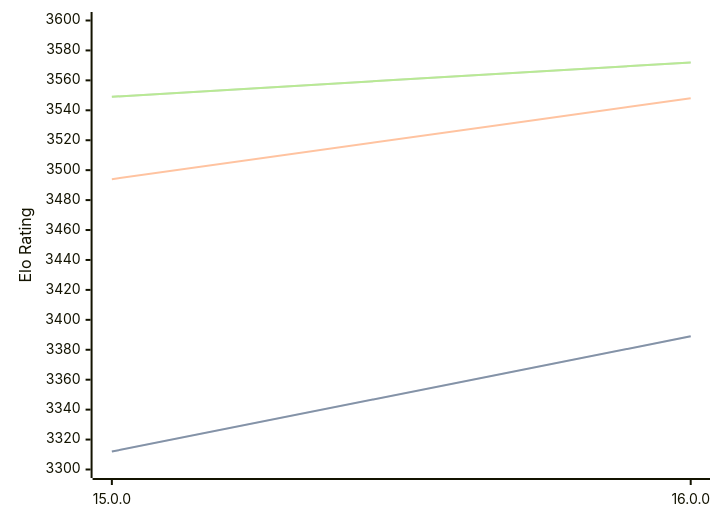
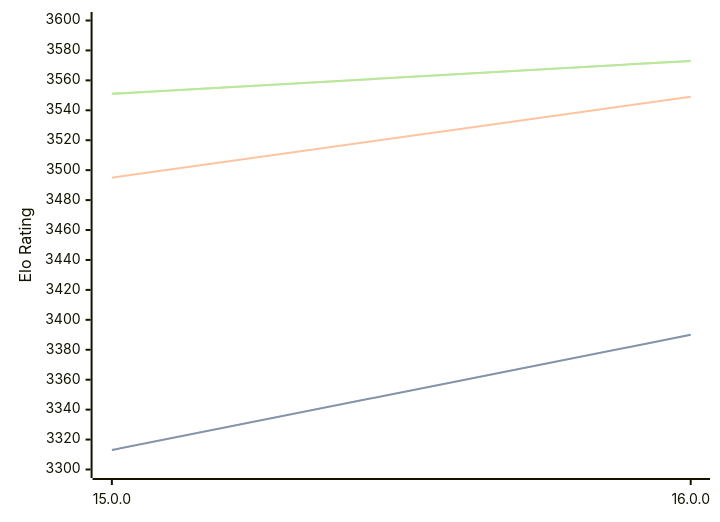
One commit to computer-chess-index/cci changed the diagram in engines/Halogen.md. Above: the diagram before and after it, drawn with Mermaid. The commit also changed other lines of this file, not shown here.

Commit message:
Update CCI Ratings (ELO VLTC) - 2026-04-07

````diff
--- a/engines/Halogen.md
+++ b/engines/Halogen.md
@@ -50,11 +50,11 @@
 ```mermaid
 %%{init: {"theme":"base","themeVariables":{"seriesColors:['#a3a3a3','#222221','#faa371']}}}%%
 xychart-beta
   x-axis ["15.0.0", "16.0.0"]
   y-axis "Elo Rating" 3300 --> 3600
-  line "STC (8.0+0.08s)" [3312, 3389]
-  line "STC (8.0+0.08s)" [3312, 3389]
-  line "LTC (60.0+0.60s)" [3494, 3548]
-  line "VLTC (2m24s+1.12s)" [3549, 3572]
-  line "VLTC (2m24s+1.12s)" [3549, 3572]
+  line "STC (8.0+0.08s)" [3313, 3390]
+  line "STC (8.0+0.08s)" [3313, 3390]
+  line "LTC (60.0+0.60s)" [3495, 3549]
+  line "VLTC (2m24s+1.12s)" [3551, 3573]
+  line "VLTC (2m24s+1.12s)" [3551, 3573]
 ```
````
